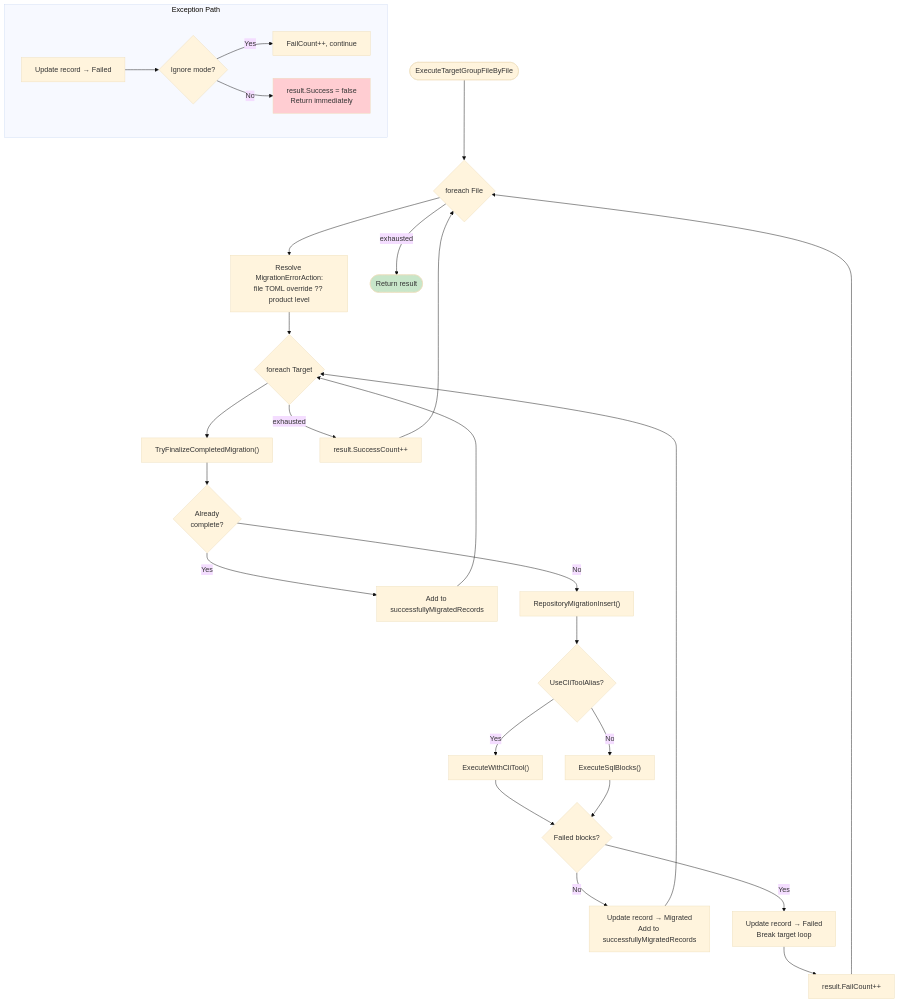
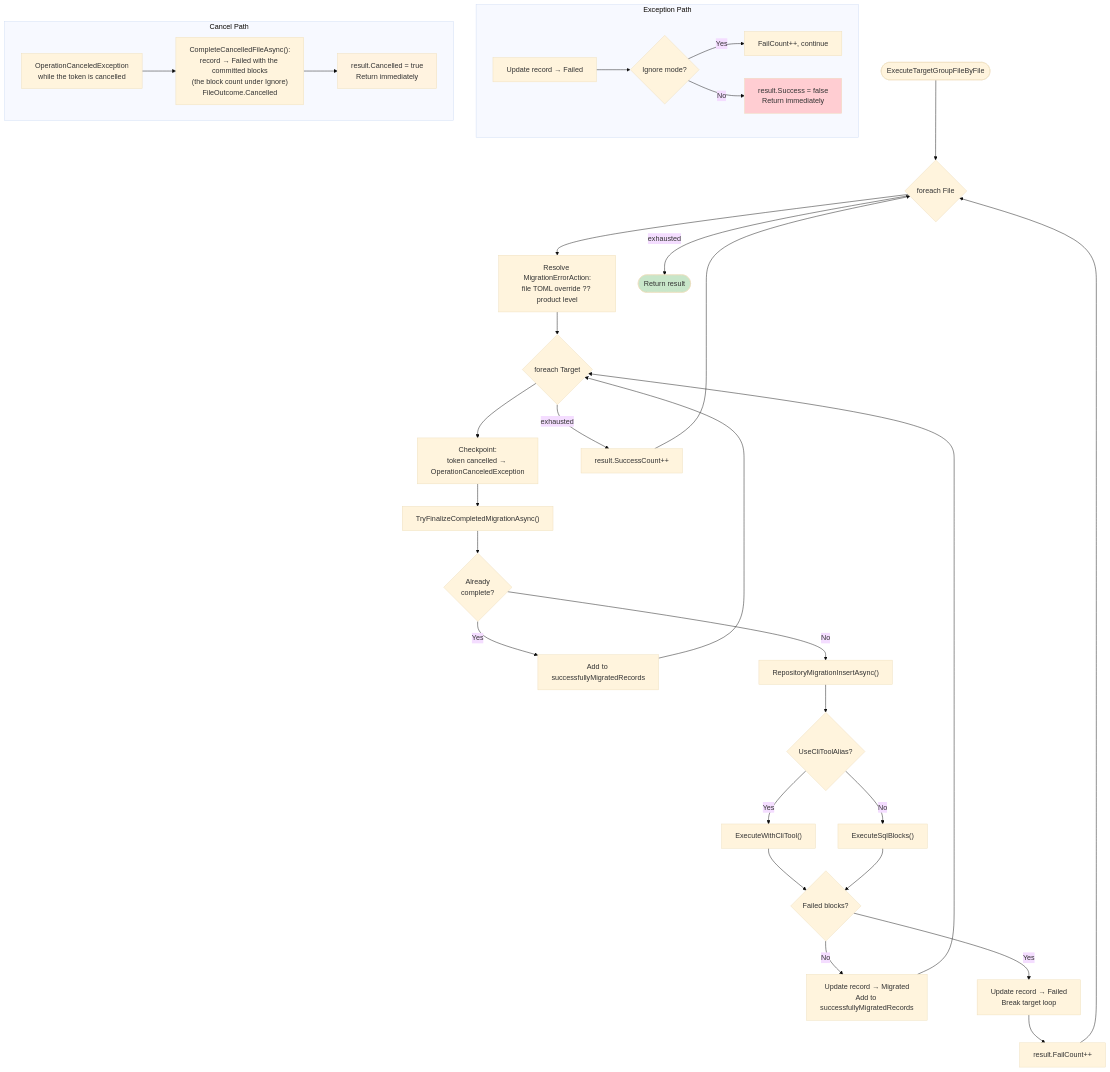
Before and after one commit to RAYCOON/RayMigrator: the second of 6 diagrams in Docs/04-service-layer/activity-diagrams.md, drawn with Mermaid (base theme). The commit also changed other lines of this file and 136 other files, not shown here.

````diff
--- a/Docs/04-service-layer/activity-diagrams.md
+++ b/Docs/04-service-layer/activity-diagrams.md
@@ -79,41 +88,48 @@
 ```mermaid
 flowchart TD
     Start([ExecuteTargetGroupFileByFile]) --> FileLoop{"foreach File"}
 
     FileLoop --> ResolveErr["Resolve MigrationErrorAction:<br/>file TOML override ?? product level"]
     ResolveErr --> TargetLoop{"foreach Target"}
 
-    TargetLoop --> TryFinalize["TryFinalizeCompletedMigration()"]
+    TargetLoop --> Checkpoint["Checkpoint:<br/>token cancelled → OperationCanceledException"]
+    Checkpoint --> TryFinalize["TryFinalizeCompletedMigrationAsync()"]
     TryFinalize --> WasFinalized{Already<br/>complete?}
     WasFinalized -->|Yes| AddRecovered["Add to successfullyMigratedRecords"]
     AddRecovered --> TargetLoop
-    WasFinalized -->|No| InsertMig["RepositoryMigrationInsert()"]
+    WasFinalized -->|No| InsertMig["RepositoryMigrationInsertAsync()"]
 
     InsertMig --> CliCheck{UseCliToolAlias?}
     CliCheck -->|Yes| ExecCli["ExecuteWithCliTool()"]
     CliCheck -->|No| ExecSql["ExecuteSqlBlocks()"]
     ExecCli --> BlockResult
     ExecSql --> BlockResult
 
     BlockResult{Failed blocks?}
     BlockResult -->|No| MarkOk["Update record → Migrated<br/>Add to successfullyMigratedRecords"]
     MarkOk --> TargetLoop
 
     BlockResult -->|Yes| MarkFailed["Update record → Failed<br/>Break target loop"]
     MarkFailed --> FailCount["result.FailCount++"]
     FailCount --> FileLoop
 
     TargetLoop -->|exhausted| FileOk["result.SuccessCount++"]
     FileOk --> FileLoop
 
     FileLoop -->|exhausted| ReturnOk(["Return result"])
 
     subgraph Exception Path
         CatchEx["Update record → Failed"] --> IsIgnore{Ignore mode?}
         IsIgnore -->|Yes| IgnoreEx["FailCount++, continue"]
         IsIgnore -->|No| AbortTG["result.Success = false<br/>Return immediately"]
     end
 
+    subgraph Cancel Path
+        CatchCancel["OperationCanceledException<br/>while the token is cancelled"] --> CompleteFile["CompleteCancelledFileAsync():<br/>record → Failed with the committed blocks<br/>(the block count under Ignore)<br/>FileOutcome.Cancelled"]
+        CompleteFile --> ReturnCancelled["result.Cancelled = true<br/>Return immediately"]
+    end
+
     style ReturnOk fill:#c8e6c9
     style AbortTG fill:#ffcdd2
+    style ReturnCancelled fill:#fff3e0
 ```
````
